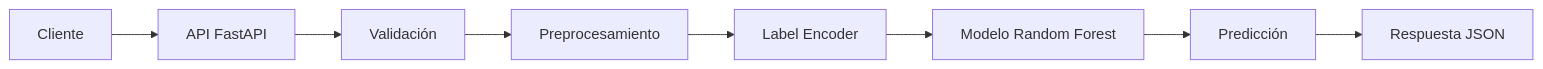
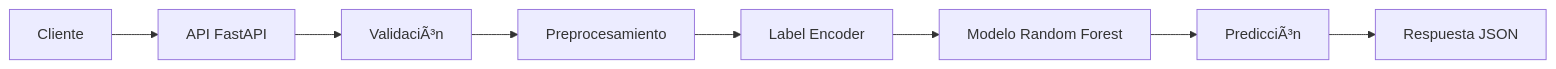
Before and after one commit to turbogarypleto/prediccion_obesidad_mlops: the fourth of 4 diagrams in README.md, drawn with Mermaid. The commit also changed other lines of this file, not shown here.

````diff
--- a/README.md
+++ b/README.md
@@ -599,10 +590,10 @@
 ```mermaid
 flowchart LR
     A[Cliente] --> B[API FastAPI]
-    B --> C[Validación]
+    B --> C[ValidaciÃ³n]
     C --> D[Preprocesamiento]
     D --> E[Label Encoder]
     E --> F[Modelo Random Forest]
-    F --> G[Predicción]
+    F --> G[PredicciÃ³n]
     G --> H[Respuesta JSON]
 ```
````
